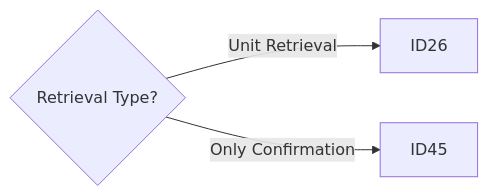
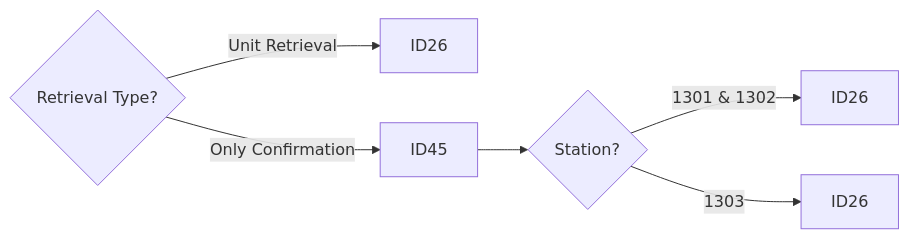
One commit to luthfiadityaa/SimeDarby-Wiki changed the fourth of 16 diagrams in Basic-Design/DFD-WMS/Retrieval/Specific-Location-Retrieval-Setting.md. Above: the diagram before and after it, drawn with Mermaid.

Commit message:
Updated Specific Location Retrieval Setting

```diff
--- a/Basic-Design/DFD-WMS/Retrieval/Specific-Location-Retrieval-Setting.md
+++ b/Basic-Design/DFD-WMS/Retrieval/Specific-Location-Retrieval-Setting.md
@@ -31,5 +31,7 @@
 ::: mermaid
 flowchart LR
 Cond2{Retrieval Type?}--> |Unit Retrieval| P13[ID26]
-Cond2{Retrieval Type?}--> |Only Confirmation| P14[ID45]
+Cond2{Retrieval Type?}--> |Only Confirmation| P14[ID45]-->Cond3{Station?}
+Cond3{Station?}-->|1301 & 1302| P15[ID26]
+Cond3{Station?}-->|1303| P16[ID26] 
 :::
```
